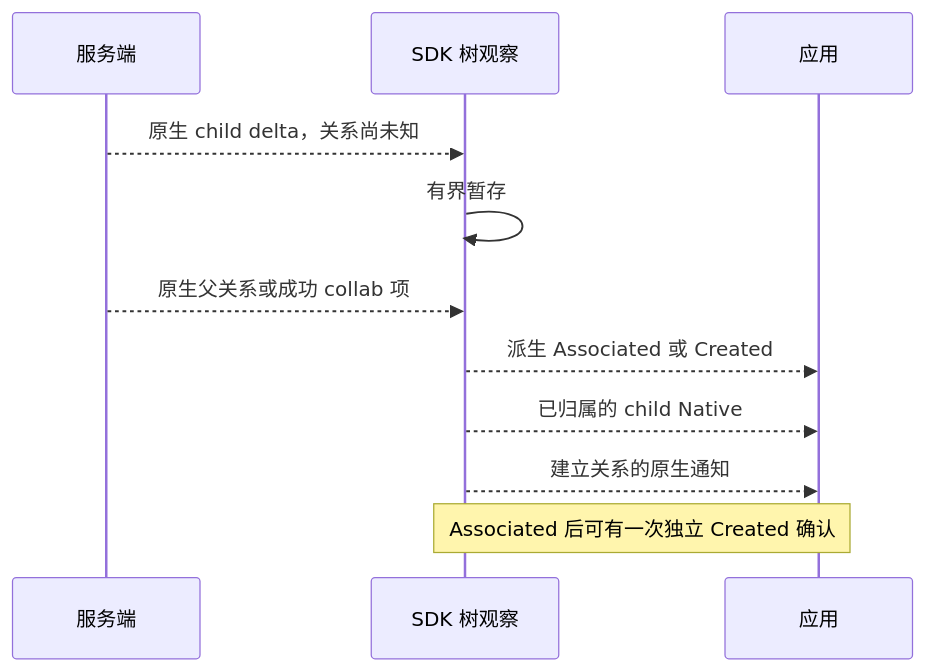
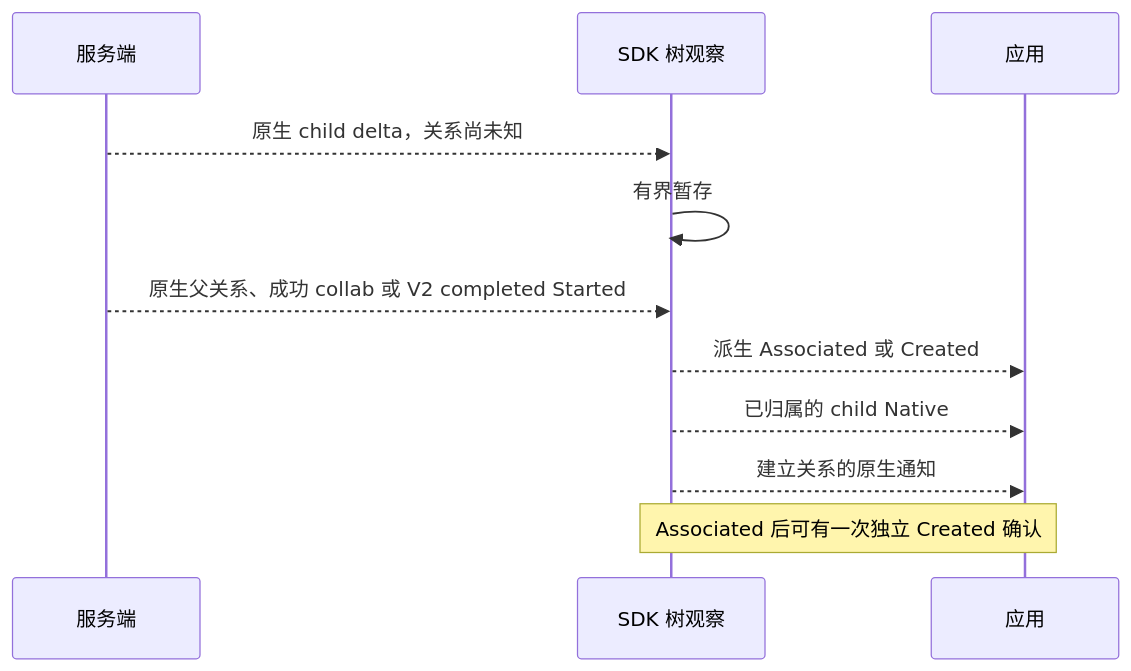
The third of 6 diagrams in docs/event-sequences.md (zoumo/agent-sdk-go), drawn with Mermaid before and after one commit. The commit also changed other lines of this file and 8 other files, not shown here.

Commit message:
fix: derive V2 subagent creation from completed Started activity

````diff
--- a/docs/event-sequences.md
+++ b/docs/event-sequences.md
@@ -142,13 +142,13 @@
 ```mermaid
 sequenceDiagram
     participant S as 服务端
     participant T as SDK 树观察
     participant A as 应用
     S-->>T: 原生 child delta，关系尚未知
     T->>T: 有界暂存
-    S-->>T: 原生父关系或成功 collab 项
+    S-->>T: 原生父关系、成功 collab 或 V2 completed Started
     T-->>A: 派生 Associated 或 Created
     T-->>A: 已归属的 child Native
     T-->>A: 建立关系的原生通知
     Note over T,A: Associated 后可有一次独立 Created 确认
 ```
````
